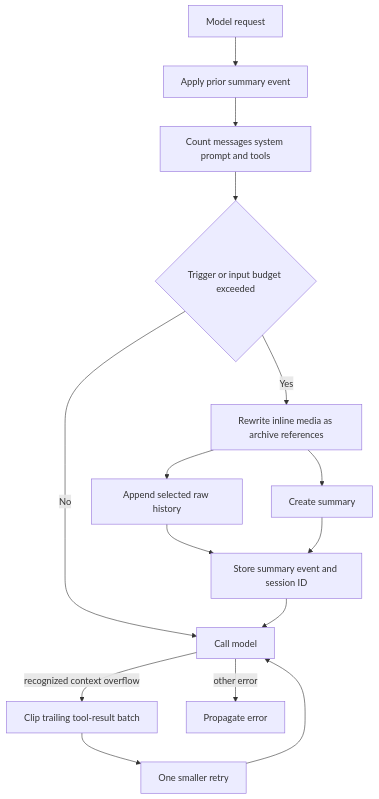
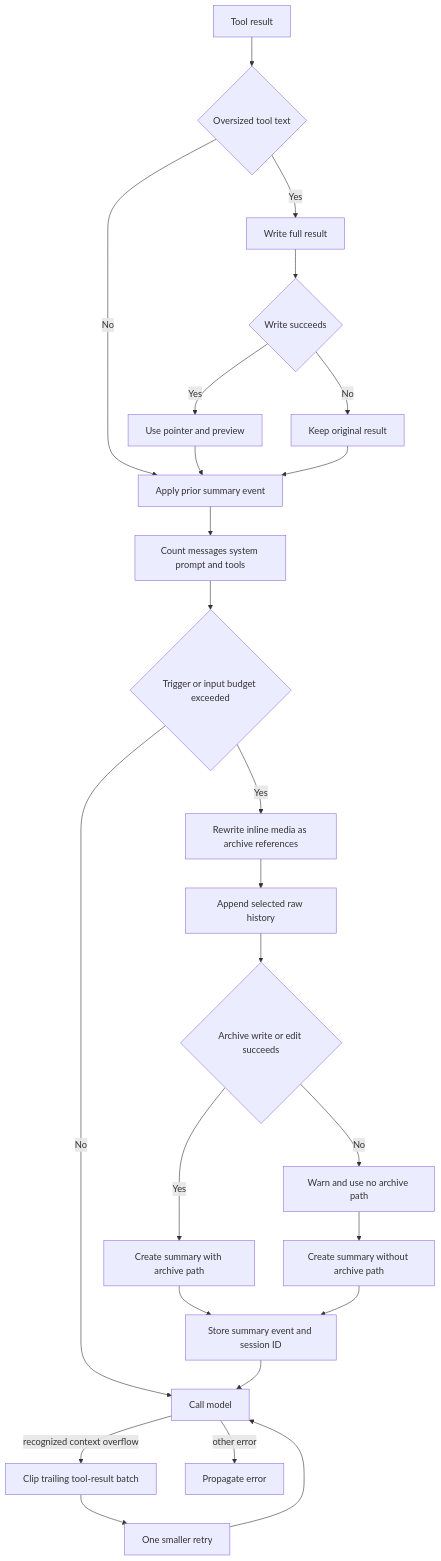
One commit to langchain-ai/deepagents changed the diagram in openwiki/concepts/context-management.md. Above: the diagram before and after it, drawn with Mermaid. The commit also changed other lines of this file and 47 other files, not shown here.

````diff
--- a/openwiki/concepts/context-management.md
+++ b/openwiki/concepts/context-management.md
@@ -42,17 +42,27 @@
 ```mermaid
 flowchart TD
-    Request["Model request"] --> Effective["Apply prior summary event"]
+    ToolResult["Tool result"] --> ToolSize{"Oversized tool text"}
+    ToolSize -->|No| Effective["Apply prior summary event"]
+    ToolSize -->|Yes| ToolWrite["Write full result"]
+    ToolWrite --> ToolStored{"Write succeeds"}
+    ToolStored -->|Yes| ToolPreview["Use pointer and preview"]
+    ToolStored -->|No| ToolOriginal["Keep original result"]
+    ToolPreview --> Effective
+    ToolOriginal --> Effective
     Effective --> Count["Count messages system prompt and tools"]
     Count --> Trigger{"Trigger or input budget exceeded"}
     Trigger -->|No| Invoke["Call model"]
     Trigger -->|Yes| Media["Rewrite inline media as archive references"]
     Media --> Archive["Append selected raw history"]
-    Media --> Summary["Create summary"]
-    Archive --> Event["Store summary event and session ID"]
-    Summary --> Event
+    Archive --> ArchiveStored{"Archive write or edit succeeds"}
+    ArchiveStored -->|Yes| Summary["Create summary with archive path"]
+    ArchiveStored -->|No| NoArchive["Warn and use no archive path"]
+    NoArchive --> SummaryNoPath["Create summary without archive path"]
+    Summary --> Event["Store summary event and session ID"]
+    SummaryNoPath --> Event
     Event --> Invoke
     Invoke -->|"recognized context overflow"| Recover["Clip trailing tool-result batch"]
     Recover --> Retry["One smaller retry"]
     Retry --> Invoke
     Invoke -->|"other error"| Error["Propagate error"]
 ```
````
